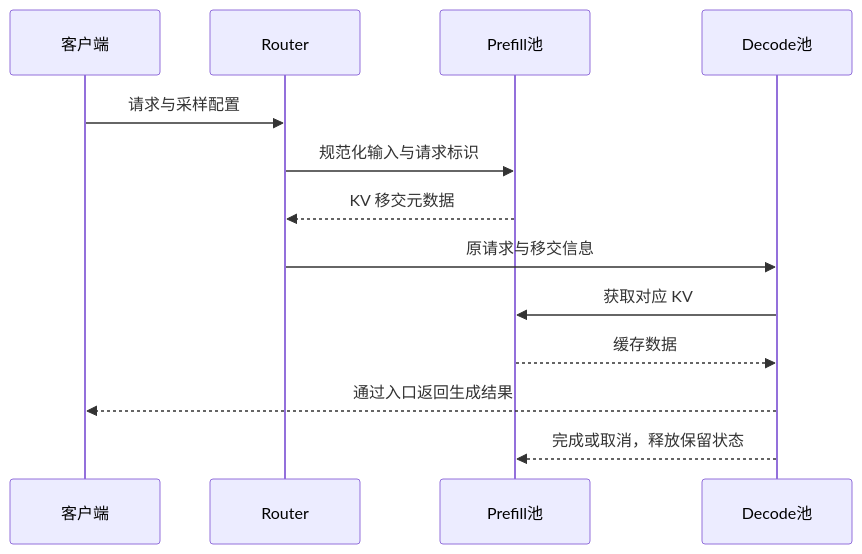
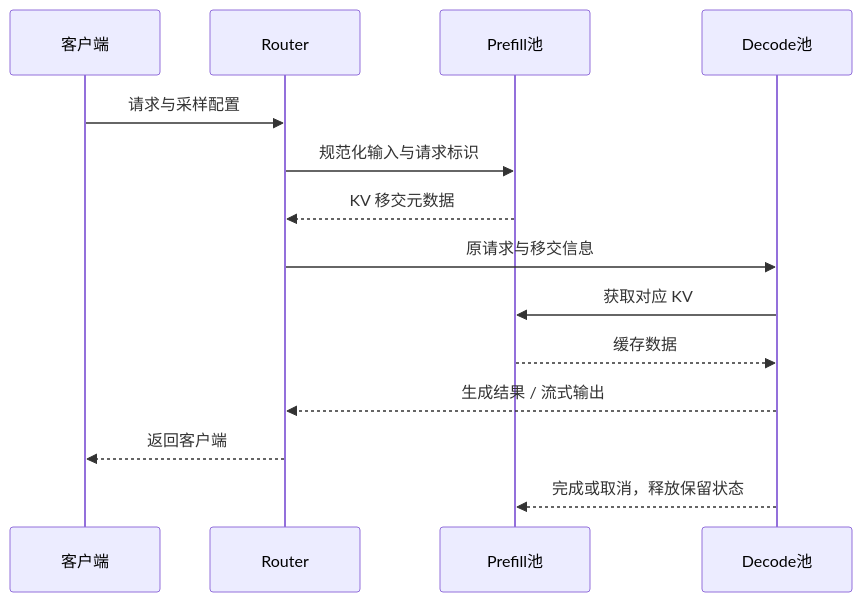
One commit to vinsonnnnn/AIInfraGuide changed the diagram in docs/guides/模块四-推理优化/第7章-PD解耦架构/7.2-解耦架构设计.md. Above: the diagram before and after it, drawn with Mermaid. The commit also changed other lines of this file and 6 other files, not shown here.

````diff
--- a/docs/guides/模块四-推理优化/第7章-PD解耦架构/7.2-解耦架构设计.md
+++ b/docs/guides/模块四-推理优化/第7章-PD解耦架构/7.2-解耦架构设计.md
@@ -34,15 +50,16 @@
 ```mermaid
 sequenceDiagram
     participant U as 客户端
     participant R as Router
     participant P as Prefill池
     participant D as Decode池
     U->>R: 请求与采样配置
     R->>P: 规范化输入与请求标识
     P-->>R: KV 移交元数据
     R->>D: 原请求与移交信息
     D->>P: 获取对应 KV
     P-->>D: 缓存数据
-    D-->>U: 通过入口返回生成结果
+    D-->>R: 生成结果 / 流式输出
+    R-->>U: 返回客户端
     D-->>P: 完成或取消，释放保留状态
 ```
````
